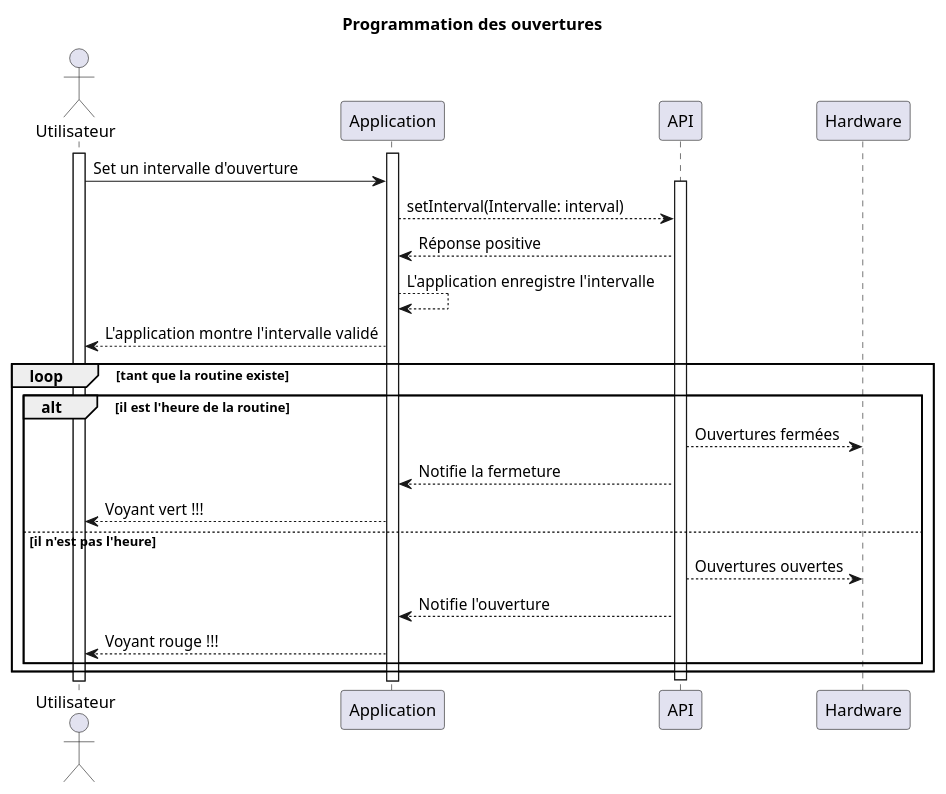
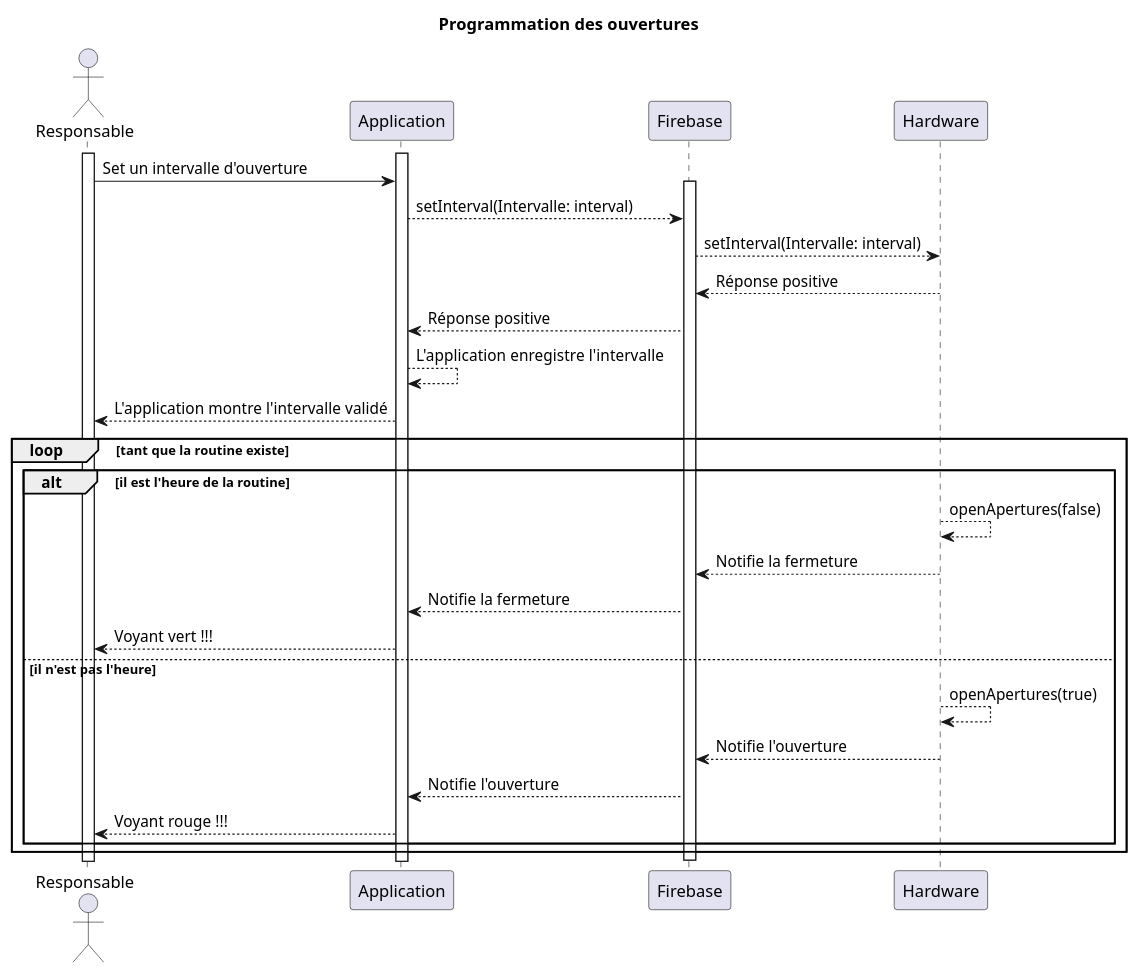
One commit to chauffapagnan/documentation changed the diagram in diagrams/seq/program_openings.puml. Above: the diagram before and after it, drawn with PlantUML. The commit also changed 11 other files, not shown here.

Commit message:
📝 mise à jour des diagrammes de séquence

```diff
--- a/diagrams/seq/program_openings.puml
+++ b/diagrams/seq/program_openings.puml
@@ -1,36 +1,40 @@
 @startuml
 
 title Programmation des ouvertures
 
-actor Utilisateur
+actor Responsable
 
-activate Utilisateur
+activate Responsable
 activate Application
-participant API
+participant Firebase
 participant Hardware
 
-Utilisateur -> Application: Set un intervalle d'ouverture
+Responsable -> Application: Set un intervalle d'ouverture
 
 
-activate API
-Application --> API: setInterval(Intervalle: interval)
-API --> Application: Réponse positive
+activate Firebase
+Application --> Firebase: setInterval(Intervalle: interval)
+Firebase --> Hardware: setInterval(Intervalle: interval)
+Hardware --> Firebase: Réponse positive
+Firebase --> Application: Réponse positive
 
 Application --> Application: L'application enregistre l'intervalle
-Application --> Utilisateur: L'application montre l'intervalle validé
+Application --> Responsable: L'application montre l'intervalle validé
 
 loop tant que la routine existe
     alt il est l'heure de la routine
-        API --> Hardware: Ouvertures fermées
-        API --> Application: Notifie la fermeture
-        Application --> Utilisateur: Voyant vert !!!
+        Hardware --> Hardware: openApertures(false)
+        Hardware --> Firebase: Notifie la fermeture
+        Firebase --> Application: Notifie la fermeture
+        Application --> Responsable: Voyant vert !!!
     else il n'est pas l'heure
-        API --> Hardware: Ouvertures ouvertes
-        API --> Application: Notifie l'ouverture
-        Application --> Utilisateur: Voyant rouge !!!
+        Hardware --> Hardware: openApertures(true)
+        Hardware --> Firebase: Notifie l'ouverture
+        Firebase --> Application: Notifie l'ouverture
+        Application --> Responsable: Voyant rouge !!!
     end
 end
 
-deactivate API
+deactivate Firebase
 
 @enduml
```
